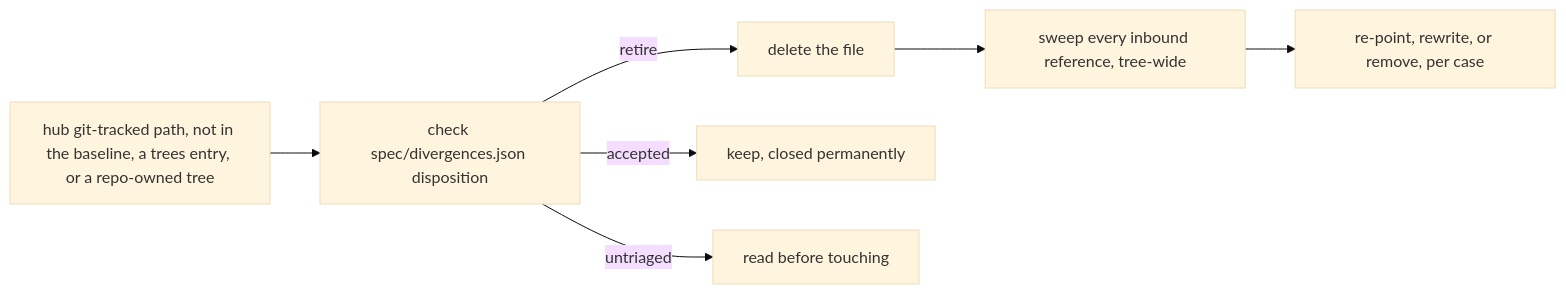
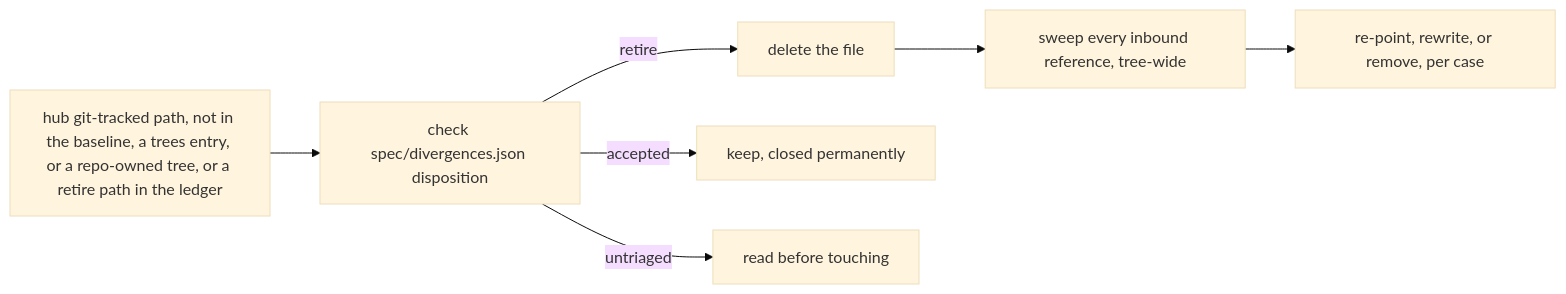
The second of 2 diagrams in RESYNC.md (ptr727/ProjectTemplate), drawn with Mermaid (base theme) before and after one commit. The commit also changed other lines of this file and 10 other files, not shown here.

````diff
--- a/RESYNC.md
+++ b/RESYNC.md
@@ -94,9 +94,9 @@
 ```mermaid
 flowchart LR
-  candidate["hub git-tracked path, not in the baseline, a trees entry, or a repo-owned tree"] --> disp["check spec/divergences.json disposition"]
+  candidate["hub git-tracked path, not in the baseline, a trees entry, or a repo-owned tree, or a retire path in the ledger"] --> disp["check spec/divergences.json disposition"]
   disp -->|"retire"| delete["delete the file"]
   disp -->|"accepted"| keep["keep, closed permanently"]
   disp -->|"untriaged"| read["read before touching"]
   delete --> sweep["sweep every inbound reference, tree-wide"]
   sweep --> fix["re-point, rewrite, or remove, per case"]
 ```
````
